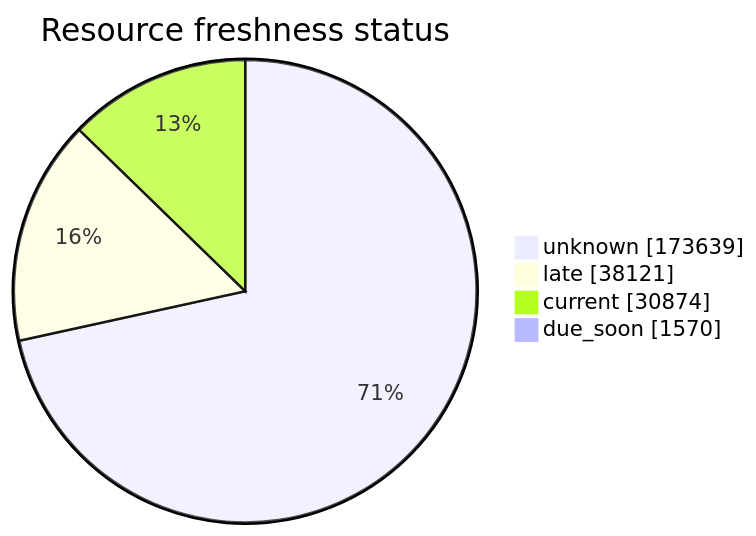
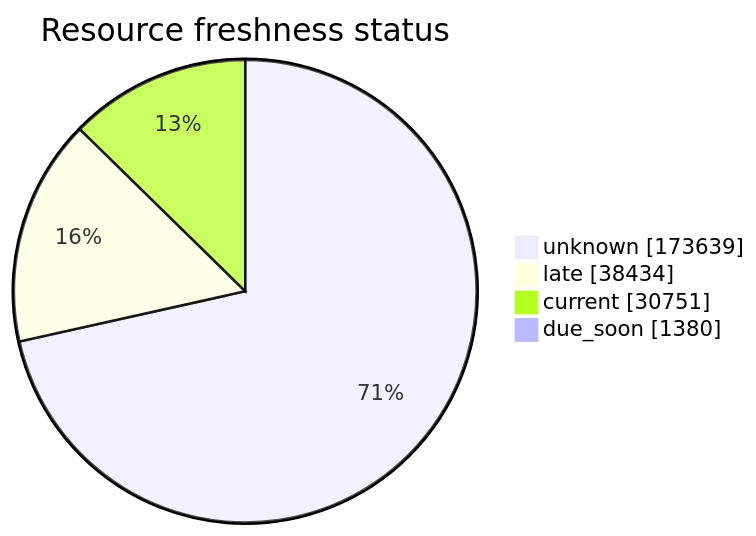
The third of 5 diagrams in FreshCheck/README.md (open-data/analytics-corporate-reporting), drawn with Mermaid before and after one commit. The commit also changed other lines of this file and 3 other files, not shown here.

````diff
--- a/FreshCheck/README.md
+++ b/FreshCheck/README.md
@@ -77,7 +77,7 @@
 ```mermaid
 pie showData title Resource freshness status
     "unknown": 173639
-    "late": 38121
-    "current": 30874
-    "due_soon": 1570
+    "late": 38434
+    "current": 30751
+    "due_soon": 1380
 ```
````
